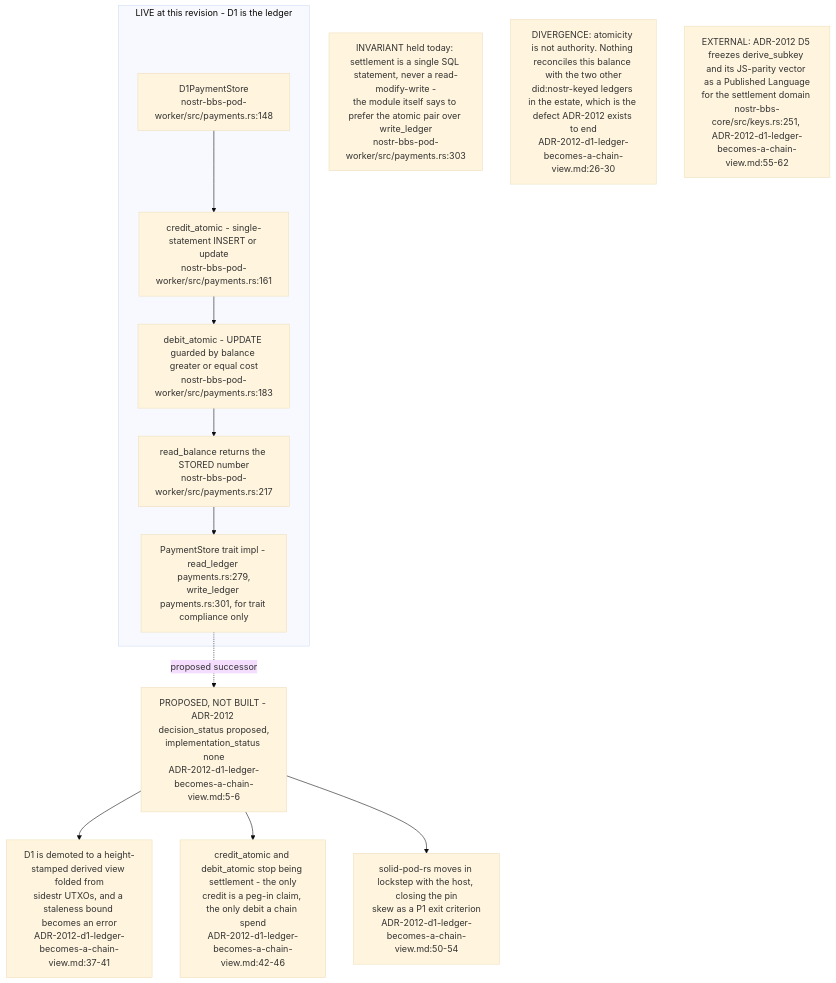
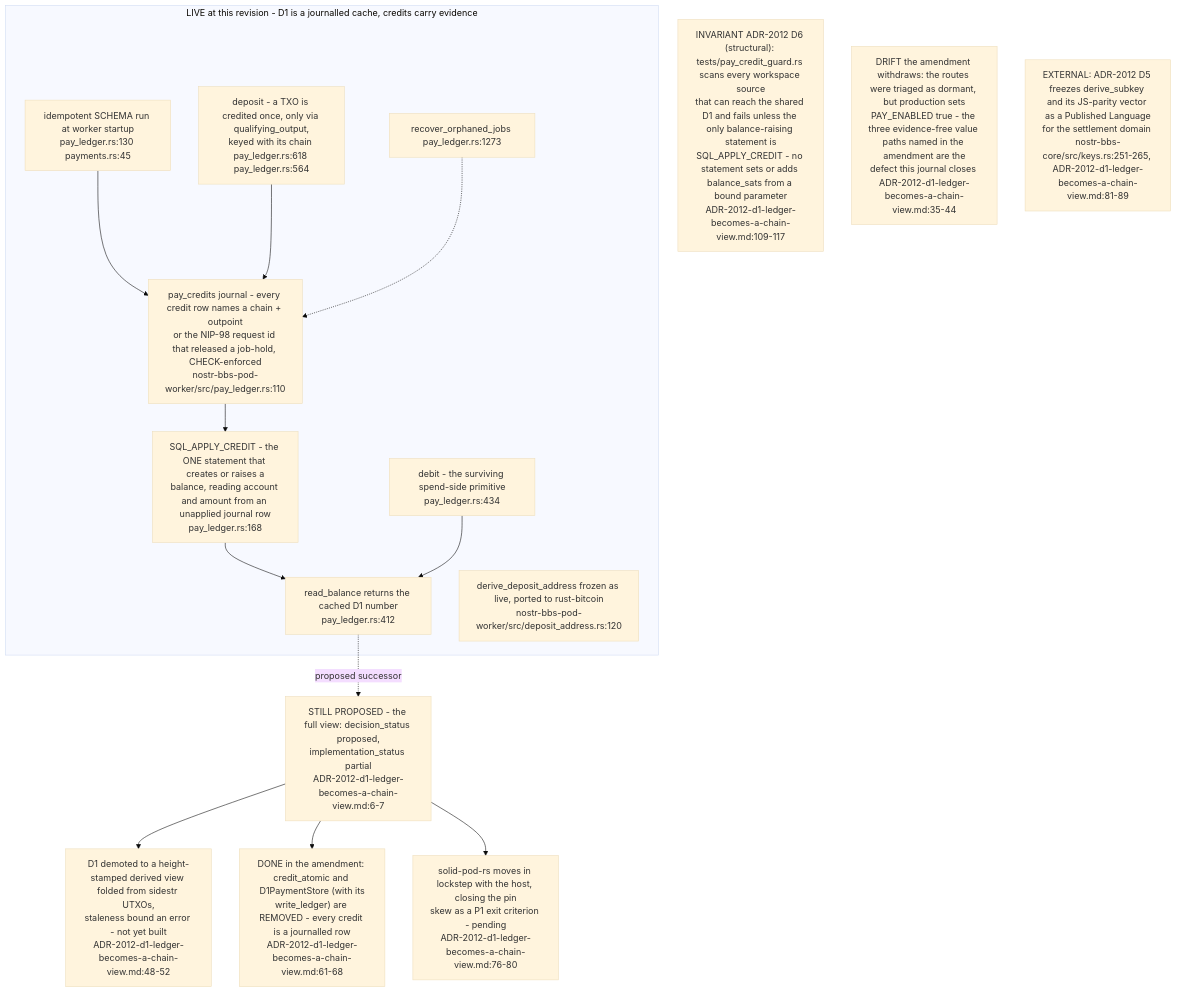
The tenth of 10 diagrams in docs/diagrams/nostr-rust-forum/04-pod-worker-ldp-wac-and-delegation.md (DreamLab-AI/VisionFlow), drawn with Mermaid (base theme) before and after one commit. The commit also changed other lines of this file and 111 other files, not shown here.

Commit message:
docs(diagrams): align estate maps with current source

````diff
--- a/docs/diagrams/nostr-rust-forum/04-pod-worker-ldp-wac-and-delegation.md
+++ b/docs/diagrams/nostr-rust-forum/04-pod-worker-ldp-wac-and-delegation.md
@@ -279,23 +281,29 @@
 ```mermaid
 flowchart TB
-    subgraph live["LIVE at this revision - D1 is the ledger"]
-        STORE["D1PaymentStore<br/>nostr-bbs-pod-worker/src/payments.rs:148"]
-        CRED["credit_atomic - single-statement INSERT or update<br/>nostr-bbs-pod-worker/src/payments.rs:161"]
-        DEB["debit_atomic - UPDATE guarded by balance greater or equal cost<br/>nostr-bbs-pod-worker/src/payments.rs:183"]
-        BAL["read_balance returns the STORED number<br/>nostr-bbs-pod-worker/src/payments.rs:217"]
-        TRAIT["PaymentStore trait impl - read_ledger payments.rs:279,<br/>write_ledger payments.rs:301, for trait compliance only"]
+    subgraph live["LIVE at this revision - D1 is a journalled cache, credits carry evidence"]
+        JOURNAL["pay_credits journal - every credit row names a chain + outpoint<br/>or the NIP-98 request id that released a job-hold, CHECK-enforced<br/>nostr-bbs-pod-worker/src/pay_ledger.rs:110"]
+        SCHEMA["idempotent SCHEMA run at worker startup<br/>pay_ledger.rs:130 payments.rs:45"]
+        DEP["deposit - a TXO is credited once, only via qualifying_output,<br/>keyed with its chain pay_ledger.rs:618 pay_ledger.rs:564"]
+        APPLY["SQL_APPLY_CREDIT - the ONE statement that creates or raises a<br/>balance, reading account and amount from an unapplied journal row<br/>pay_ledger.rs:168"]
+        DEB["debit - the surviving spend-side primitive<br/>pay_ledger.rs:434"]
+        BAL["read_balance returns the cached D1 number<br/>pay_ledger.rs:412"]
+        REC["recover_orphaned_jobs pay_ledger.rs:1273"]
+        ADDR["derive_deposit_address frozen as live, ported to rust-bitcoin<br/>nostr-bbs-pod-worker/src/deposit_address.rs:120"]
     end
-    STORE --> CRED --> DEB --> BAL --> TRAIT
+    SCHEMA --> JOURNAL
+    DEP --> JOURNAL --> APPLY --> BAL
+    DEB --> BAL
+    REC -.-> JOURNAL
 
-    PROP["PROPOSED, NOT BUILT - ADR-2012 decision_status proposed,<br/>implementation_status none<br/>ADR-2012-d1-ledger-becomes-a-chain-view.md:5-6"]
-    P1["D1 is demoted to a height-stamped derived view folded from<br/>sidestr UTXOs, and a staleness bound becomes an error<br/>ADR-2012-d1-ledger-becomes-a-chain-view.md:37-41"]
-    P2["credit_atomic and debit_atomic stop being settlement - the only<br/>credit is a peg-in claim, the only debit a chain spend<br/>ADR-2012-d1-ledger-becomes-a-chain-view.md:42-46"]
-    P3["solid-pod-rs moves in lockstep with the host, closing the pin<br/>skew as a P1 exit criterion<br/>ADR-2012-d1-ledger-becomes-a-chain-view.md:50-54"]
+    PROP["STILL PROPOSED - the full view: decision_status proposed,<br/>implementation_status partial<br/>ADR-2012-d1-ledger-becomes-a-chain-view.md:6-7"]
+    P1["D1 demoted to a height-stamped derived view folded from sidestr UTXOs,<br/>staleness bound an error - not yet built<br/>ADR-2012-d1-ledger-becomes-a-chain-view.md:48-52"]
+    P2["DONE in the amendment: credit_atomic and D1PaymentStore (with its<br/>write_ledger) are REMOVED - every credit is a journalled row<br/>ADR-2012-d1-ledger-becomes-a-chain-view.md:61-68"]
+    P3["solid-pod-rs moves in lockstep with the host, closing the pin<br/>skew as a P1 exit criterion - pending<br/>ADR-2012-d1-ledger-becomes-a-chain-view.md:76-80"]
 
-    TRAIT -.->|"proposed successor"| PROP
+    BAL -.->|"proposed successor"| PROP
     PROP --> P1 & P2 & P3
 
-    N1["INVARIANT held today: settlement is a single SQL statement, never a read-modify-write -<br/>the module itself says to prefer the atomic pair over write_ledger<br/>nostr-bbs-pod-worker/src/payments.rs:303"]
-    N2["DIVERGENCE: atomicity is not authority. Nothing reconciles this balance with the two other<br/>did:nostr-keyed ledgers in the estate, which is the defect ADR-2012 exists to end<br/>ADR-2012-d1-ledger-becomes-a-chain-view.md:26-30"]
-    N3["EXTERNAL: ADR-2012 D5 freezes derive_subkey and its JS-parity vector as a Published Language<br/>for the settlement domain nostr-bbs-core/src/keys.rs:251, ADR-2012-d1-ledger-becomes-a-chain-view.md:55-62"]
+    N1["INVARIANT ADR-2012 D6 (structural): tests/pay_credit_guard.rs scans every workspace source<br/>that can reach the shared D1 and fails unless the only balance-raising statement is<br/>SQL_APPLY_CREDIT - no statement sets or adds balance_sats from a bound parameter<br/>ADR-2012-d1-ledger-becomes-a-chain-view.md:109-117"]
+    N2["DRIFT the amendment withdraws: the routes were triaged as dormant, but production sets<br/>PAY_ENABLED true - the three evidence-free value paths named in the amendment are the<br/>defect this journal closes ADR-2012-d1-ledger-becomes-a-chain-view.md:35-44"]
+    N3["EXTERNAL: ADR-2012 D5 freezes derive_subkey and its JS-parity vector as a Published Language<br/>for the settlement domain nostr-bbs-core/src/keys.rs:251-265, ADR-2012-d1-ledger-becomes-a-chain-view.md:81-89"]
 ```
````
